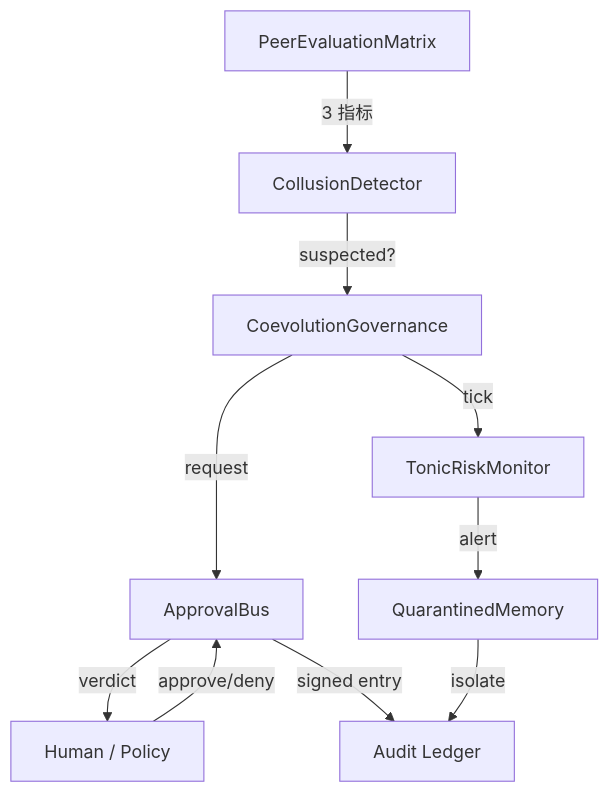
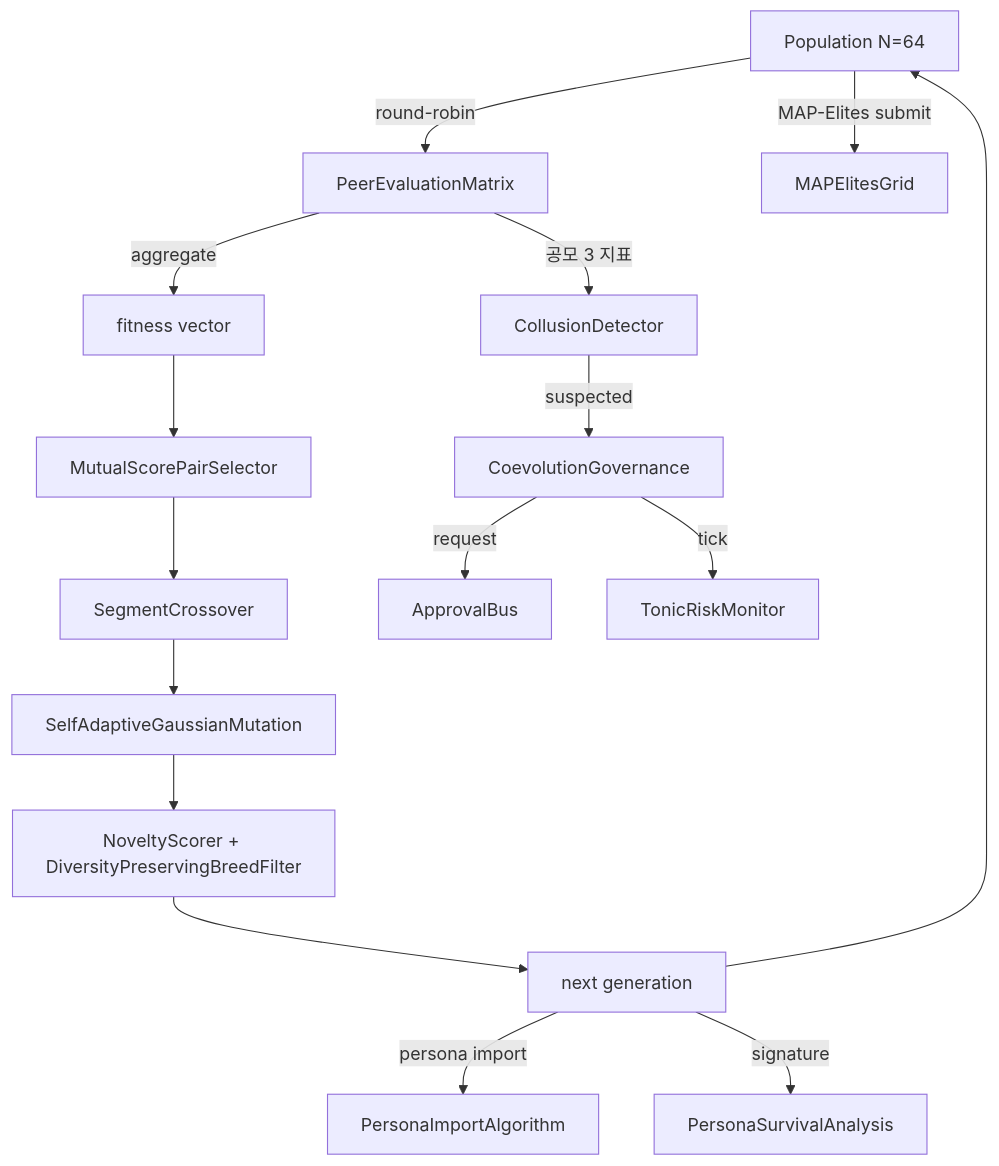
Before and after one commit to furuse-kazufumi/fullsense: diagram 14 of 16 in tools/qiita-cli-poc/public/c5f2077a3399d3fc9b26.md, drawn with Mermaid. The commit also changed other lines of this file and 51 other files, not shown here.

````diff
--- a/tools/qiita-cli-poc/public/c5f2077a3399d3fc9b26.md
+++ b/tools/qiita-cli-poc/public/c5f2077a3399d3fc9b26.md
@@ -673,21 +1532,19 @@
 ```mermaid
 flowchart TD
-    peer[PeerEvaluationMatrix]
-    cd[CollusionDetector]
-    cg[CoevolutionGovernance]
-    ab[ApprovalBus]
-    tr[TonicRiskMonitor]
-    qm[QuarantinedMemory]
-    led[Audit Ledger]
-    human[Human / Policy]
-
-    peer -->|3 指标| cd
-    cd -->|suspected?| cg
-    cg -->|request| ab
-    cg -->|tick| tr
-    ab -->|verdict| human
-    human -->|approve/deny| ab
-    ab -->|signed entry| led
-    tr -->|alert| qm
-    qm -->|isolate| led
+    pop[Population N=64]
+    pop -->|round-robin| peer[PeerEvaluationMatrix]
+    peer -->|aggregate| fit[fitness vector]
+    fit --> mating[MutualScorePairSelector]
+    mating --> cross[SegmentCrossover]
+    cross --> mut[SelfAdaptiveGaussianMutation]
+    mut --> nov[NoveltyScorer + DiversityPreservingBreedFilter]
+    nov --> next[next generation]
+    next --> pop
+    peer -->|공모 3 지표| det[CollusionDetector]
+    det -->|suspected| gov[CoevolutionGovernance]
+    gov -->|request| ab[ApprovalBus]
+    gov -->|tick| tr[TonicRiskMonitor]
+    next -->|persona import| import[PersonaImportAlgorithm]
+    pop -->|MAP-Elites submit| grid[MAPElitesGrid]
+    next -->|signature| surv[PersonaSurvivalAnalysis]
 ```
````
